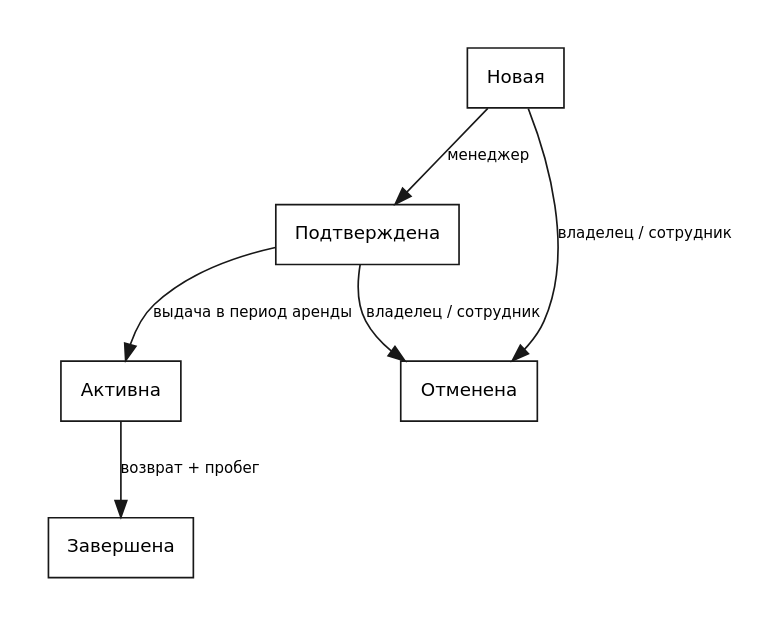
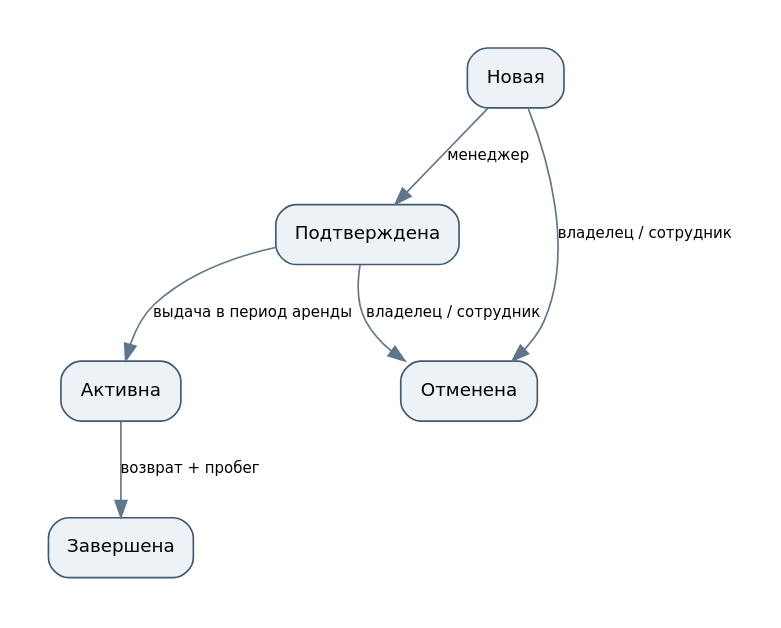
The diagram in docs/diagrams/states.dot (alexander2007B/cursovaya), drawn with Graphviz before and after one commit. The commit also changed 33 other files, not shown here.

Commit message:
Restore original diagram layouts with subtle blue-grey colors

```diff
--- a/docs/diagrams/states.dot
+++ b/docs/diagrams/states.dot
@@ -1,1 +1,1 @@
-digraph G {graph [fontname="DejaVu Sans",bgcolor="white",pad="0.3",ranksep="0.65",nodesep="0.35"]; node [fontname="DejaVu Sans",fontsize=11,shape=box,style="filled",fillcolor="white",color="#181818",margin="0.15"]; edge [fontname="DejaVu Sans",fontsize=9,color="#181818"];rankdir=TB;new[label="Новая"];confirmed[label="Подтверждена"];active[label="Активна"];completed[label="Завершена"];cancelled[label="Отменена"];new->confirmed[label="менеджер"];confirmed->active[label="выдача в период аренды"];active->completed[label="возврат + пробег"];new->cancelled[label="владелец / сотрудник"];confirmed->cancelled[label="владелец / сотрудник"];}
+digraph G {graph [fontname="DejaVu Sans",bgcolor="white",pad="0.3",ranksep="0.65",nodesep="0.35"]; node [fontname="DejaVu Sans",fontsize=11,shape=box,style="rounded,filled",fillcolor="#edf2f7",color="#425a70",margin="0.15"]; edge [fontname="DejaVu Sans",fontsize=9,color="#60768a"];rankdir=TB;new[label="Новая"];confirmed[label="Подтверждена"];active[label="Активна"];completed[label="Завершена"];cancelled[label="Отменена"];new->confirmed[label="менеджер"];confirmed->active[label="выдача в период аренды"];active->completed[label="возврат + пробег"];new->cancelled[label="владелец / сотрудник"];confirmed->cancelled[label="владелец / сотрудник"];}
```
